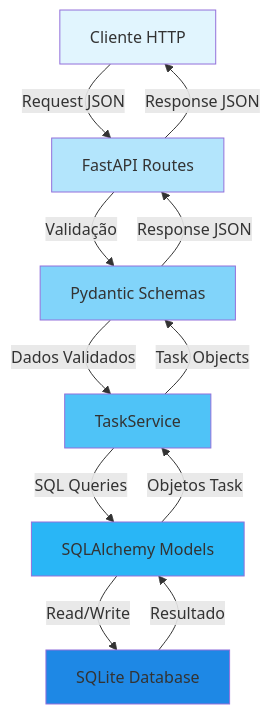
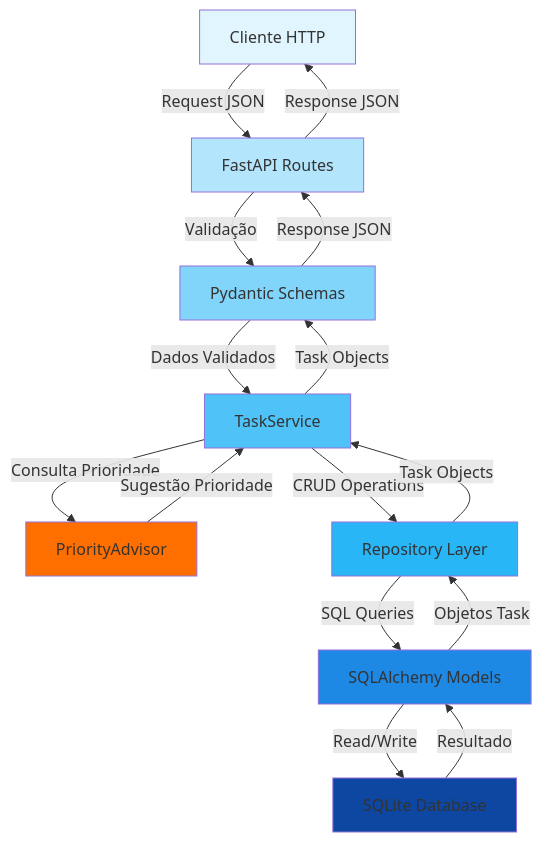
Before and after one commit to aersouza/laboratorio-taskapi: the first of 3 diagrams in docs/diagramas.md, drawn with Mermaid. The commit also changed other lines of this file and 3 other files, not shown here.

First line of the commit message:
feat: integrate PriorityAdvisor and Repository Layer into architecture

````diff
--- a/docs/diagramas.md
+++ b/docs/diagramas.md
@@ -9,20 +9,26 @@
 ```mermaid
 graph TD
     A[Cliente HTTP] -->|Request JSON| B[FastAPI Routes]
     B -->|Validação| C[Pydantic Schemas]
     C -->|Dados Validados| D[TaskService]
-    D -->|SQL Queries| E[SQLAlchemy Models]
-    E -->|Read/Write| F[SQLite Database]
-    F -->|Resultado| E
-    E -->|Objetos Task| D
+    D -->|Consulta Prioridade| E[PriorityAdvisor]
+    E -->|Sugestão Prioridade| D
+    D -->|CRUD Operations| F[Repository Layer]
+    F -->|SQL Queries| G[SQLAlchemy Models]
+    G -->|Read/Write| H[SQLite Database]
+    H -->|Resultado| G
+    G -->|Objetos Task| F
+    F -->|Task Objects| D
     D -->|Task Objects| C
     C -->|Response JSON| B
     B -->|Response JSON| A
 
     style A fill:#e1f5fe
     style B fill:#b3e5fc
     style C fill:#81d4fa
     style D fill:#4fc3f7
-    style E fill:#29b6f6
-    style F fill:#1e88e5
+    style E fill:#ff6f00
+    style F fill:#29b6f6
+    style G fill:#1e88e5
+    style H fill:#0d47a1
 ```
````
